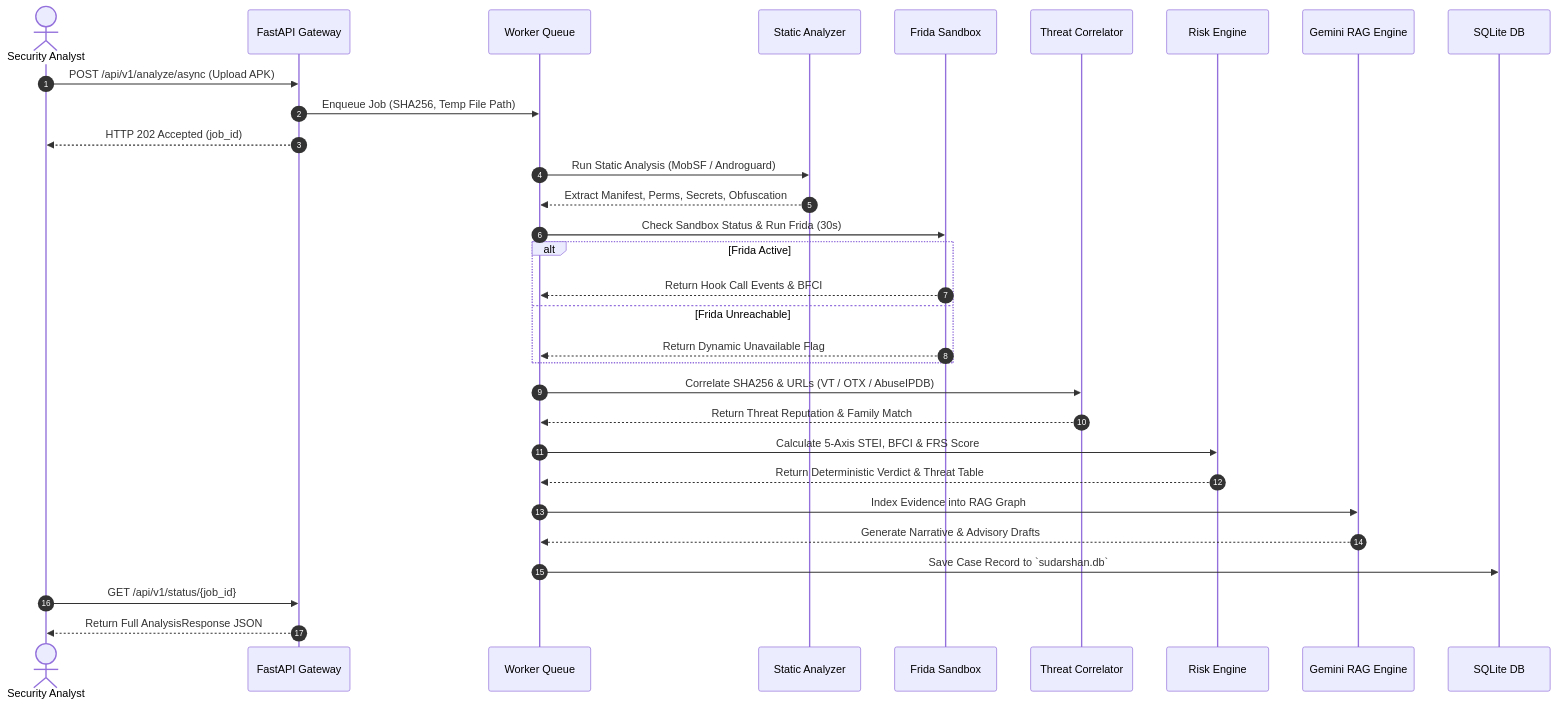
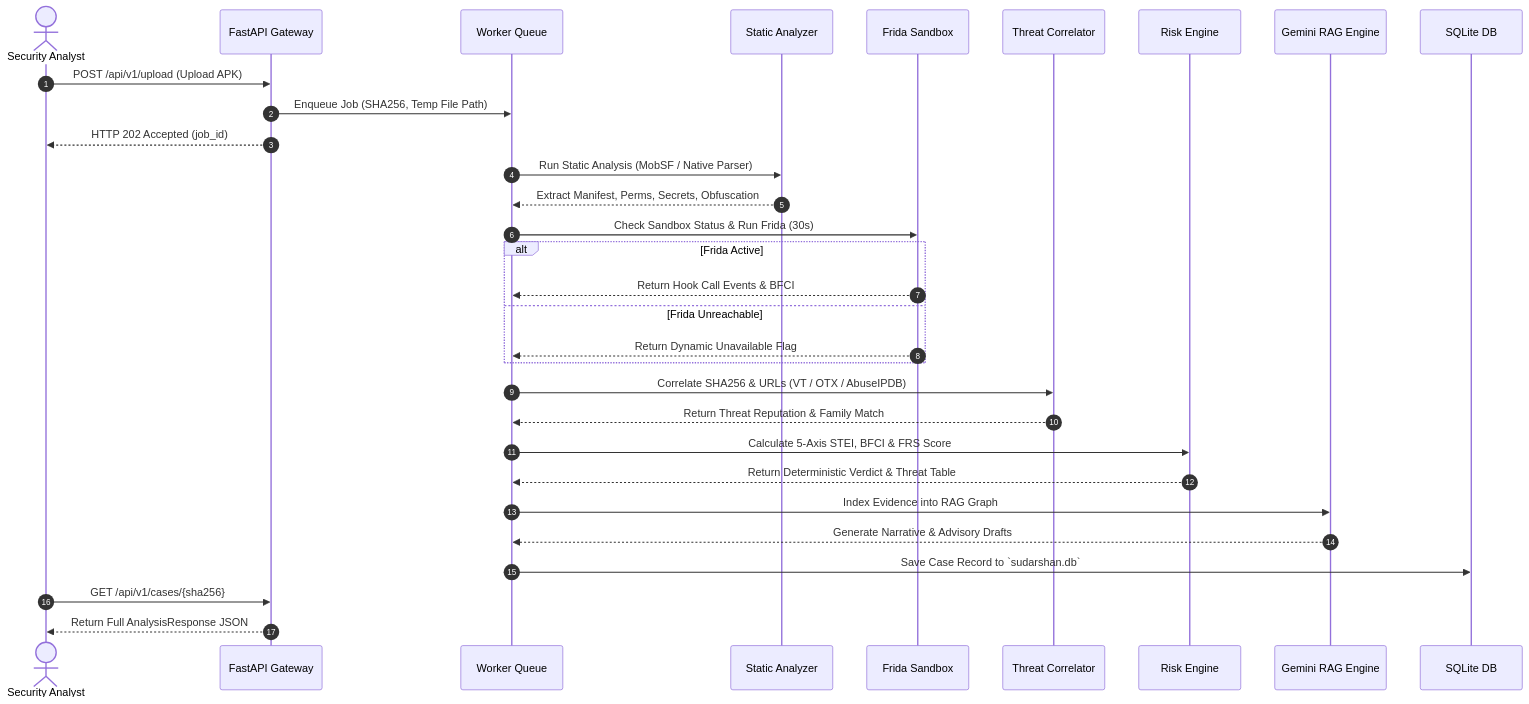
The second of 2 diagrams in docs/02_SYSTEM_OVERVIEW.md (SanTiwari07/Sudarshan), drawn with Mermaid before and after one commit. The commit also changed other lines of this file and 39 other files, not shown here.

````diff
--- a/docs/02_SYSTEM_OVERVIEW.md
+++ b/docs/02_SYSTEM_OVERVIEW.md
@@ -157,40 +156,40 @@
 ```mermaid
 sequenceDiagram
     autonumber
     actor User as Security Analyst
     participant API as FastAPI Gateway
     participant Q as Worker Queue
     participant S as Static Analyzer
     participant D as Frida Sandbox
     participant C as Threat Correlator
     participant R as Risk Engine
     participant AI as Gemini RAG Engine
     participant DB as SQLite DB
 
-    User->>API: POST /api/v1/analyze/async (Upload APK)
+    User->>API: POST /api/v1/upload (Upload APK)
     API->>Q: Enqueue Job (SHA256, Temp File Path)
     API-->>User: HTTP 202 Accepted (job_id)
 
-    Q->>S: Run Static Analysis (MobSF / Androguard)
+    Q->>S: Run Static Analysis (MobSF / Native Parser)
     S-->>Q: Extract Manifest, Perms, Secrets, Obfuscation
 
     Q->>D: Check Sandbox Status & Run Frida (30s)
     alt Frida Active
         D-->>Q: Return Hook Call Events & BFCI
     else Frida Unreachable
         D-->>Q: Return Dynamic Unavailable Flag
     end
 
     Q->>C: Correlate SHA256 & URLs (VT / OTX / AbuseIPDB)
     C-->>Q: Return Threat Reputation & Family Match
 
     Q->>R: Calculate 5-Axis STEI, BFCI & FRS Score
     R-->>Q: Return Deterministic Verdict & Threat Table
 
     Q->>AI: Index Evidence into RAG Graph
     AI-->>Q: Generate Narrative & Advisory Drafts
 
     Q->>DB: Save Case Record to `sudarshan.db`
-    User->>API: GET /api/v1/status/{job_id}
+    User->>API: GET /api/v1/cases/{sha256}
     API-->>User: Return Full AnalysisResponse JSON
 ```
````
